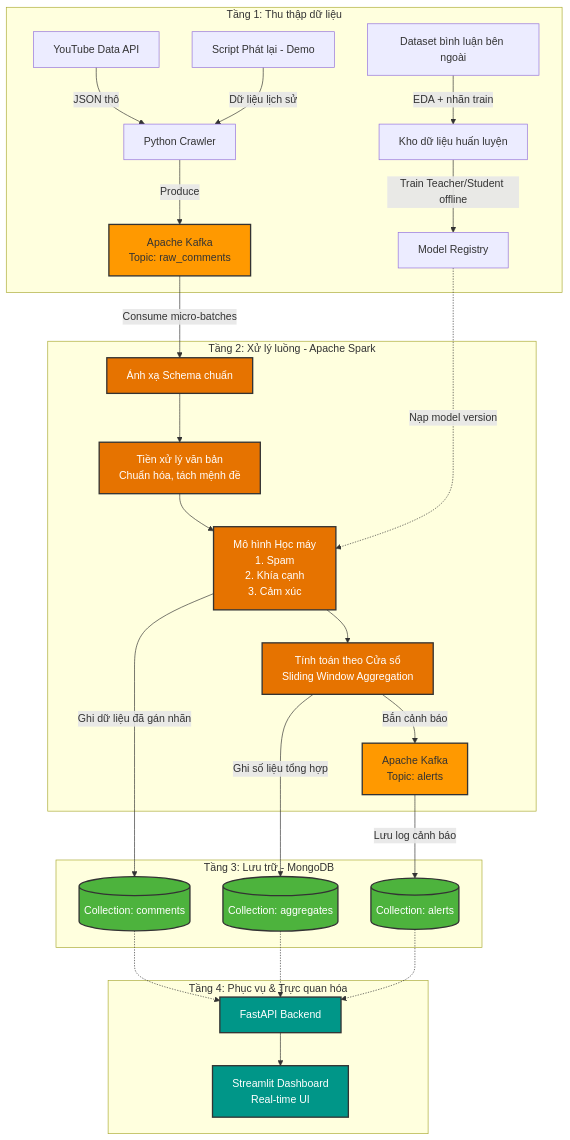
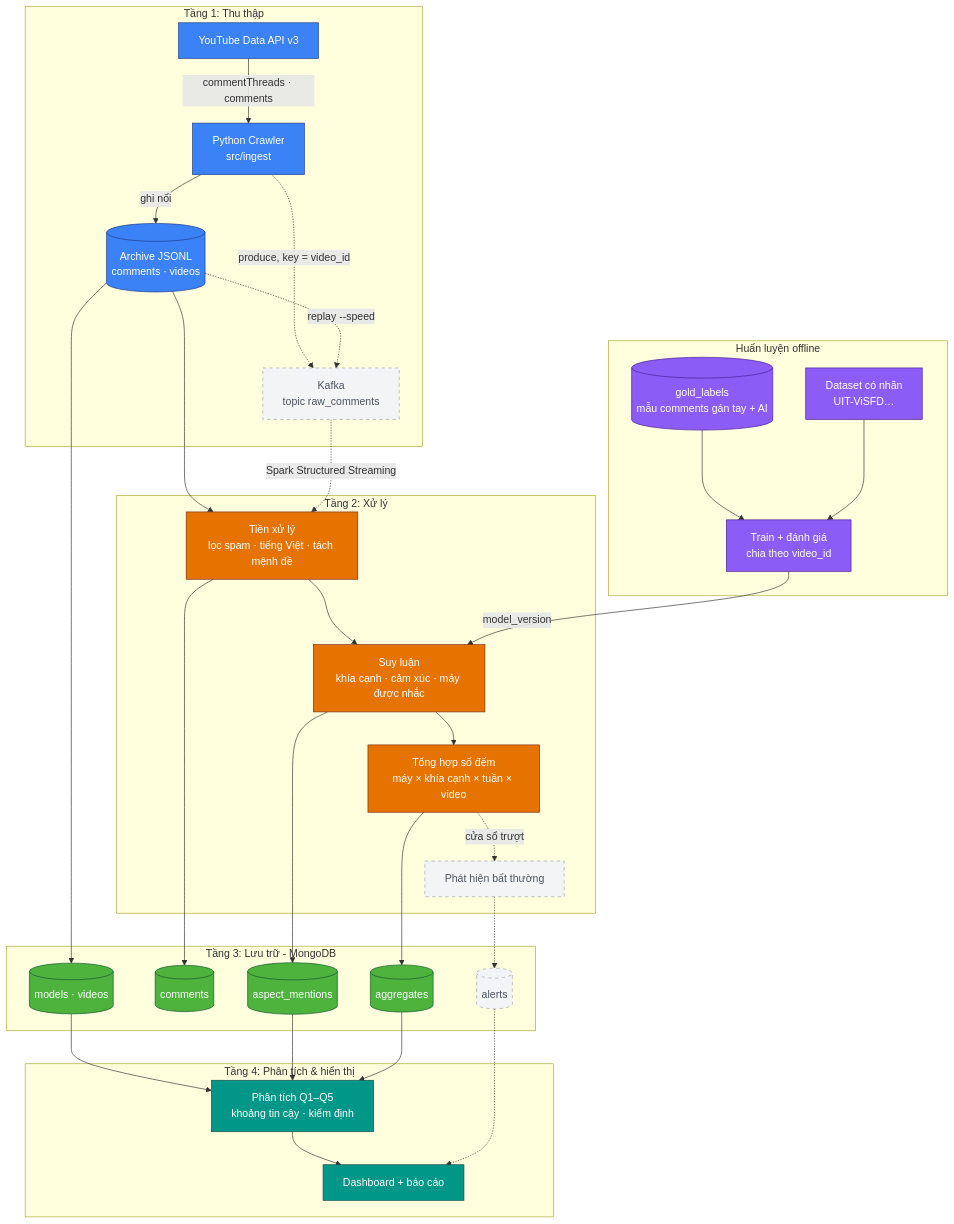
Before and after one commit to supernewbiecoder/He_thong_phan_tan_phan_tich_luong_binh_luan_sau_ra_mat_dien_thoai_tai_Viet_Nam: the diagram in docs/architecture.mmd, drawn with Mermaid. The commit also changed 1 other file, not shown here.

Commit message:
docs: vẽ lại sơ đồ kiến trúc theo luồng thực tế của crawler và hai giai đoạn

```diff
--- a/docs/architecture.mmd
+++ b/docs/architecture.mmd
@@ -1,47 +1,60 @@
-%% Mục đích: Sơ đồ kiến trúc các tầng thu thập, xử lý, lưu trữ và phục vụ; cập nhật lần cuối: 2026-10-21.
+%% Mục đích: Sơ đồ kiến trúc các tầng thu thập, xử lý, huấn luyện, lưu trữ và phân tích; cập nhật lần cuối: 2026-10-28.
+%% Nét liền + màu: Giai đoạn 1, xử lý theo lô (bắt buộc). Nét đứt + xám: Giai đoạn 2, streaming (tùy chọn).
+%% Render lại SVG: npx @mermaid-js/mermaid-cli -i docs/architecture.mmd -o docs/architecture.svg -b white
 graph TD
-    %% Tầng 1: Thu thập (Ingestion)
-    subgraph Ingestion_Layer [Tầng 1: Thu thập dữ liệu]
-        External[Dataset bình luận bên ngoài] -->|EDA + nhãn train| Training[Kho dữ liệu huấn luyện]
-        Training -->|Train Teacher/Student offline| ModelRegistry[Model Registry]
-        API[YouTube Data API] -->|JSON thô| Crawler[Python Crawler]
-        Replay[Script Phát lại - Demo] -->|Dữ liệu lịch sử| Crawler
-        Crawler -->|Produce| K_Raw[Apache Kafka<br>Topic: raw_comments]
+    subgraph L1 [Tầng 1: Thu thập]
+        API[YouTube Data API v3] -->|commentThreads · comments| Crawler[Python Crawler<br>src/ingest]
+        Crawler -->|ghi nối| Raw[(Archive JSONL<br>comments · videos)]
+        Crawler -.->|produce, key = video_id| KRaw[Kafka<br>topic raw_comments]
+        Raw -.->|replay --speed| KRaw
     end
 
-    %% Tầng 2: Xử lý luồng (Stream Processing)
-    subgraph Stream_Processing_Layer [Tầng 2: Xử lý luồng - Apache Spark]
-        K_Raw -->|Consume micro-batches| S1[Ánh xạ Schema chuẩn]
-        S1 --> S2[Tiền xử lý văn bản<br>Chuẩn hóa, tách mệnh đề]
-        S2 --> S3[Mô hình Học máy<br>1. Spam<br>2. Khía cạnh<br>3. Cảm xúc]
-        ModelRegistry -.->|Nạp model version| S3
-        
-        S3 --> S4[Tính toán theo Cửa sổ<br>Sliding Window Aggregation]
-        S4 -->|Bắn cảnh báo| K_Alert[Apache Kafka<br>Topic: alerts]
+    subgraph LT [Huấn luyện offline]
+        Gold[(gold_labels<br>mẫu comments gán tay + AI)] --> Train[Train + đánh giá<br>chia theo video_id]
+        Ext[Dataset có nhãn<br>UIT-ViSFD…] --> Train
     end
 
-    %% Tầng 3: Lưu trữ (Storage)
-    subgraph Storage_Layer [Tầng 3: Lưu trữ - MongoDB]
-        S3 -->|Ghi dữ liệu đã gán nhãn| M_Comments[(Collection: comments)]
-        S4 -->|Ghi số liệu tổng hợp| M_Aggs[(Collection: aggregates)]
-        K_Alert -->|Lưu log cảnh báo| M_Alerts[(Collection: alerts)]
+    subgraph L2 [Tầng 2: Xử lý]
+        Pre[Tiền xử lý<br>lọc spam · tiếng Việt · tách mệnh đề] --> Inf[Suy luận<br>khía cạnh · cảm xúc · máy được nhắc]
+        Inf --> Agg[Tổng hợp số đếm<br>máy × khía cạnh × tuần × video]
+        Agg -.->|cửa sổ trượt| Alert[Phát hiện bất thường]
     end
 
-    %% Tầng 4: Phục vụ & Hiển thị (Serving)
-    subgraph Serving_Layer [Tầng 4: Phục vụ & Trực quan hóa]
-        M_Comments -.-> FastAPI[FastAPI Backend]
-        M_Aggs -.-> FastAPI
-        M_Alerts -.-> FastAPI
-        FastAPI --> Streamlit[Streamlit Dashboard<br>Real-time UI]
+    subgraph L3 [Tầng 3: Lưu trữ - MongoDB]
+        MM[(models · videos)]
+        MC[(comments)]
+        MAM[(aspect_mentions)]
+        MAG[(aggregates)]
+        MAL[(alerts)]
     end
 
-    %% Styling
-    classDef kafka fill:#ff9900,stroke:#333,stroke-width:2px;
-    classDef spark fill:#e67300,stroke:#333,stroke-width:2px,color:#fff;
-    classDef mongo fill:#4db33d,stroke:#333,stroke-width:2px,color:#fff;
-    classDef api fill:#009688,stroke:#333,stroke-width:2px,color:#fff;
-    
-    class K_Raw,K_Alert kafka;
-    class S1,S2,S3,S4 spark;
-    class M_Comments,M_Aggs,M_Alerts mongo;
-    class FastAPI,Streamlit api;
+    subgraph L4 [Tầng 4: Phân tích & hiển thị]
+        QA[Phân tích Q1–Q5<br>khoảng tin cậy · kiểm định] --> Dash[Dashboard + báo cáo]
+    end
+
+    Raw --> Pre
+    KRaw -.->|Spark Structured Streaming| Pre
+    Train -->|model_version| Inf
+    Raw --> MM
+    Pre --> MC
+    Inf --> MAM
+    Agg --> MAG
+    Alert -.-> MAL
+    MM --> QA
+    MAM --> QA
+    MAG --> QA
+    MAL -.-> Dash
+
+    classDef ingest fill:#3b82f6,stroke:#1e3a8a,color:#fff;
+    classDef proc fill:#e67300,stroke:#7c2d12,color:#fff;
+    classDef train fill:#8b5cf6,stroke:#4c1d95,color:#fff;
+    classDef mongo fill:#4db33d,stroke:#14532d,color:#fff;
+    classDef serve fill:#009688,stroke:#134e4a,color:#fff;
+    classDef optional fill:#f3f4f6,stroke:#9ca3af,color:#4b5563,stroke-dasharray:5 5;
+
+    class API,Crawler,Raw ingest;
+    class Pre,Inf,Agg proc;
+    class Gold,Train,Ext train;
+    class MM,MC,MAM,MAG mongo;
+    class QA,Dash serve;
+    class KRaw,Alert,MAL optional;
```
